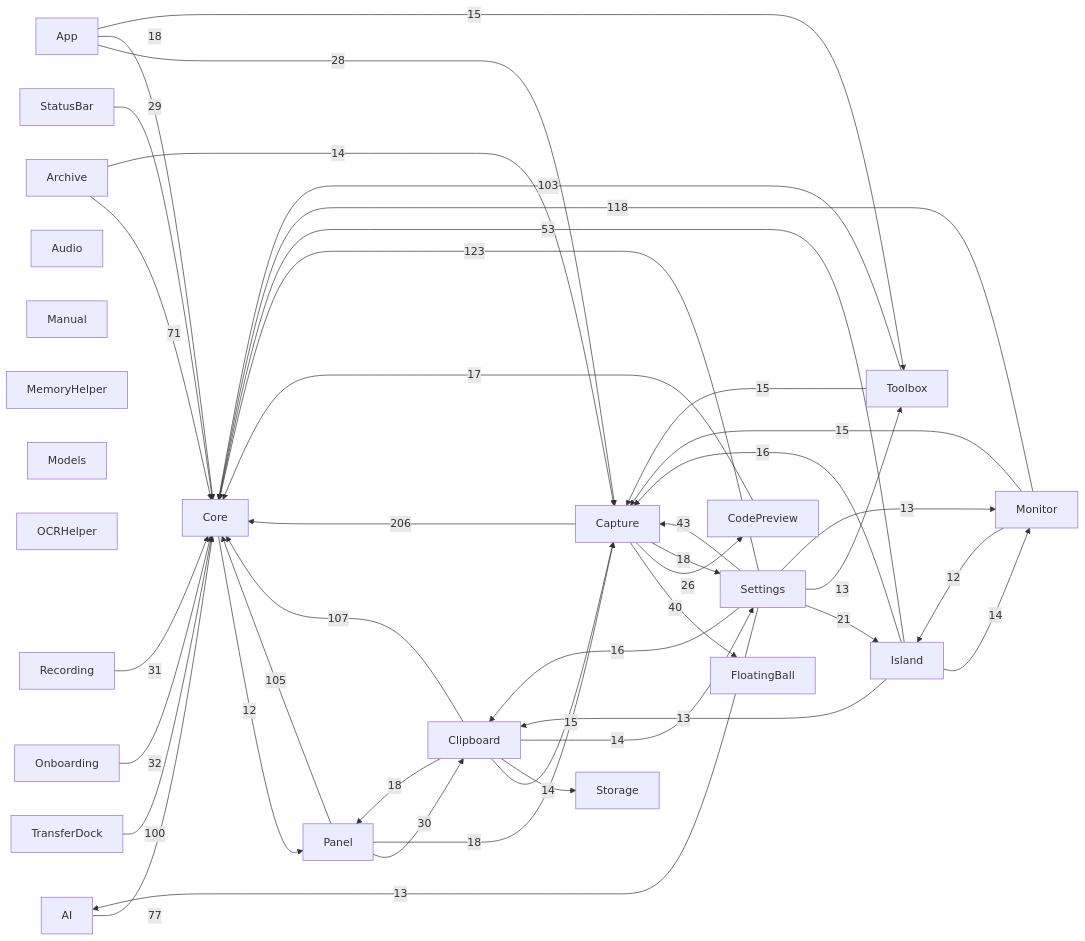
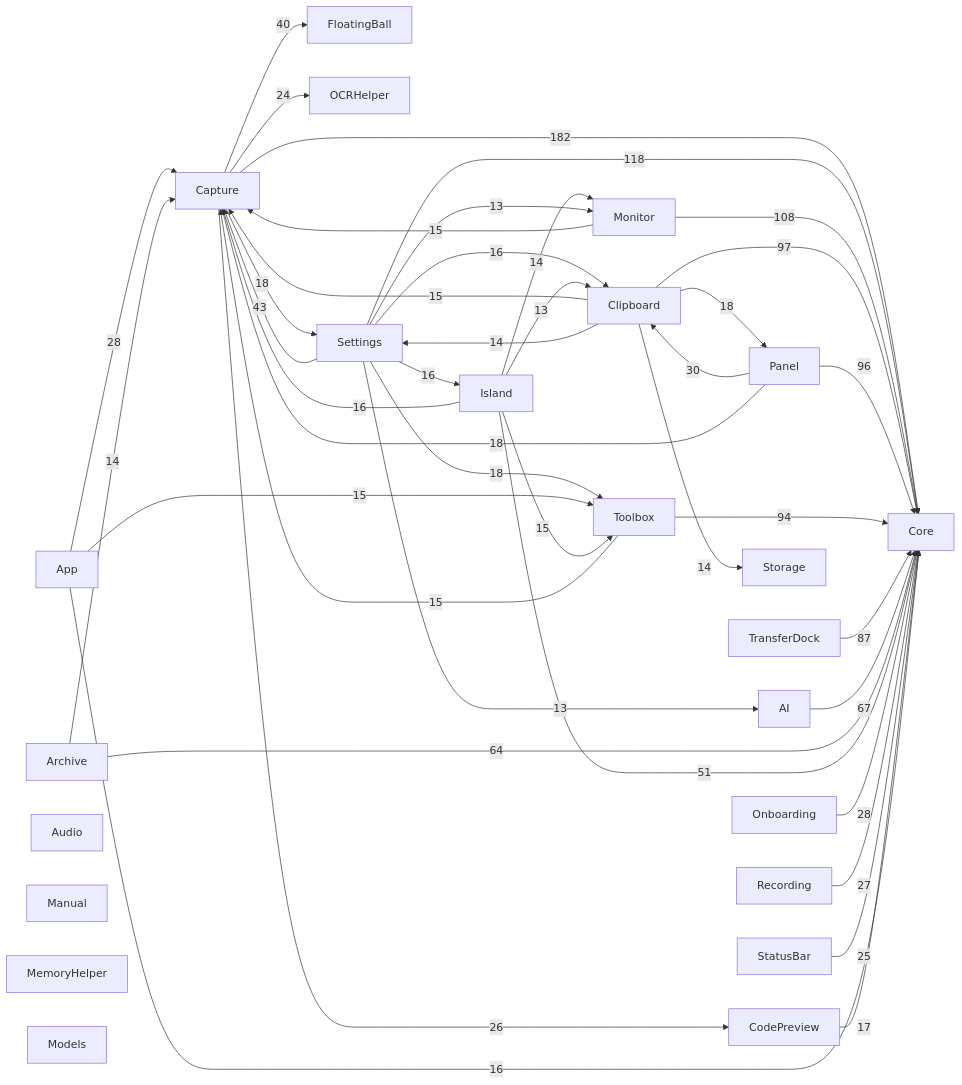
The diagram in docs/00-总览/模块依赖图.md (sxyq/Kitnest), drawn with Mermaid before and after one commit. The commit also changed other lines of this file and 8 other files, not shown here.

````diff
--- a/docs/00-总览/模块依赖图.md
+++ b/docs/00-总览/模块依赖图.md
@@ -37,66 +37,66 @@
 ```mermaid
 flowchart LR
   M0["AI"]
   M1["App"]
   M2["Archive"]
   M3["Audio"]
   M4["Capture"]
   M5["Clipboard"]
   M6["CodePreview"]
   M7["Core"]
   M8["FloatingBall"]
   M9["Island"]
   M10["Manual"]
   M11["MemoryHelper"]
   M12["Models"]
   M13["Monitor"]
   M14["OCRHelper"]
   M15["Onboarding"]
   M16["Panel"]
   M17["Recording"]
   M18["Settings"]
   M19["StatusBar"]
   M20["Storage"]
   M21["Toolbox"]
   M22["TransferDock"]
-  M4 -->|206| M7
-  M18 -->|123| M7
-  M13 -->|118| M7
-  M5 -->|107| M7
-  M16 -->|105| M7
-  M21 -->|103| M7
-  M22 -->|100| M7
-  M0 -->|77| M7
-  M2 -->|71| M7
-  M9 -->|53| M7
+  M4 -->|182| M7
+  M18 -->|118| M7
+  M13 -->|108| M7
+  M5 -->|97| M7
+  M16 -->|96| M7
+  M21 -->|94| M7
+  M22 -->|87| M7
+  M0 -->|67| M7
+  M2 -->|64| M7
+  M9 -->|51| M7
   M18 -->|43| M4
   M4 -->|40| M8
-  M15 -->|32| M7
-  M17 -->|31| M7
   M16 -->|30| M5
-  M19 -->|29| M7
   M1 -->|28| M4
+  M15 -->|28| M7
+  M17 -->|27| M7
   M4 -->|26| M6
-  M18 -->|21| M9
-  M1 -->|18| M7
+  M19 -->|25| M7
+  M4 -->|24| M14
+  M18 -->|18| M21
   M4 -->|18| M18
+  M16 -->|18| M4
   M5 -->|18| M16
-  M16 -->|18| M4
   M6 -->|17| M7
+  M1 -->|16| M7
+  M18 -->|16| M5
+  M18 -->|16| M9
   M9 -->|16| M4
-  M18 -->|16| M5
   M1 -->|15| M21
-  M5 -->|15| M4
   M13 -->|15| M4
   M21 -->|15| M4
+  M9 -->|15| M21
+  M5 -->|15| M4
   M2 -->|14| M4
+  M9 -->|14| M13
+  M5 -->|14| M18
   M5 -->|14| M20
-  M5 -->|14| M18
-  M9 -->|14| M13
-  M9 -->|13| M5
-  M18 -->|13| M21
   M18 -->|13| M13
   M18 -->|13| M0
-  M7 -->|12| M16
-  M13 -->|12| M9
+  M9 -->|13| M5
 ```
````
